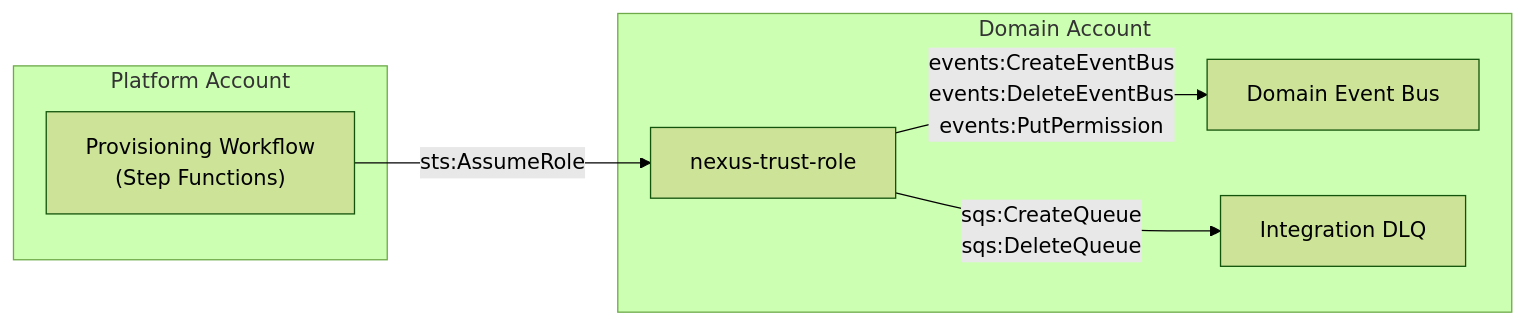
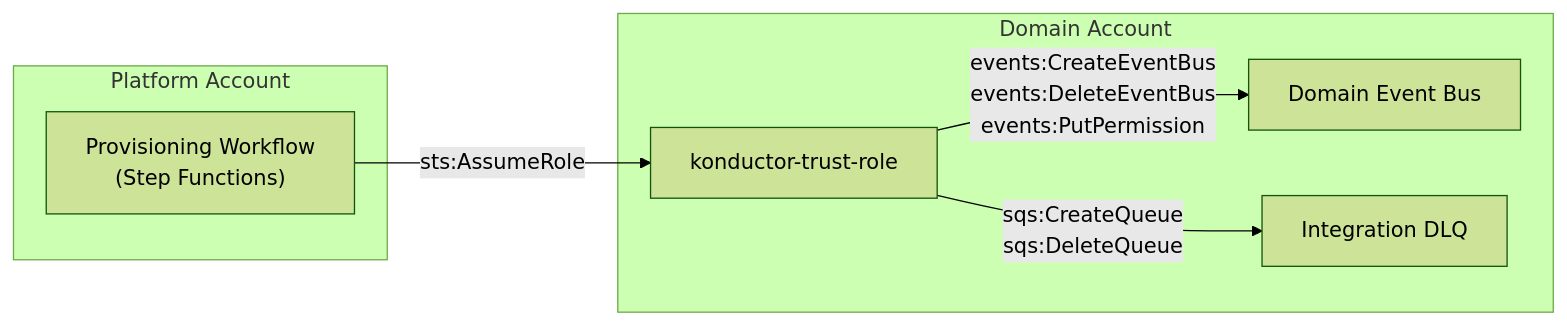
One commit to liedig/konductor4evb changed the seventh of 10 diagrams in docs/development/architecture.md. Above: the diagram before and after it, drawn with Mermaid (forest theme). The commit also changed other lines of this file and 37 other files, not shown here.

````diff
--- a/docs/development/architecture.md
+++ b/docs/development/architecture.md
@@ -421,16 +421,16 @@
 ```mermaid
 graph LR
     subgraph platform["Platform Account"]
         provwf["Provisioning Workflow<br/>(Step Functions)"]
     end
 
     subgraph app["Domain Account"]
-        trustrole["nexus-trust-role"]
+        trustrole["konductor-trust-role"]
         appbus["Domain Event Bus"]
         appdlq["Integration DLQ"]
     end
 
     provwf -->|"sts:AssumeRole"| trustrole
     trustrole -->|"events:CreateEventBus<br/>events:DeleteEventBus<br/>events:PutPermission"| appbus
     trustrole -->|"sqs:CreateQueue<br/>sqs:DeleteQueue"| appdlq
 ```
````
